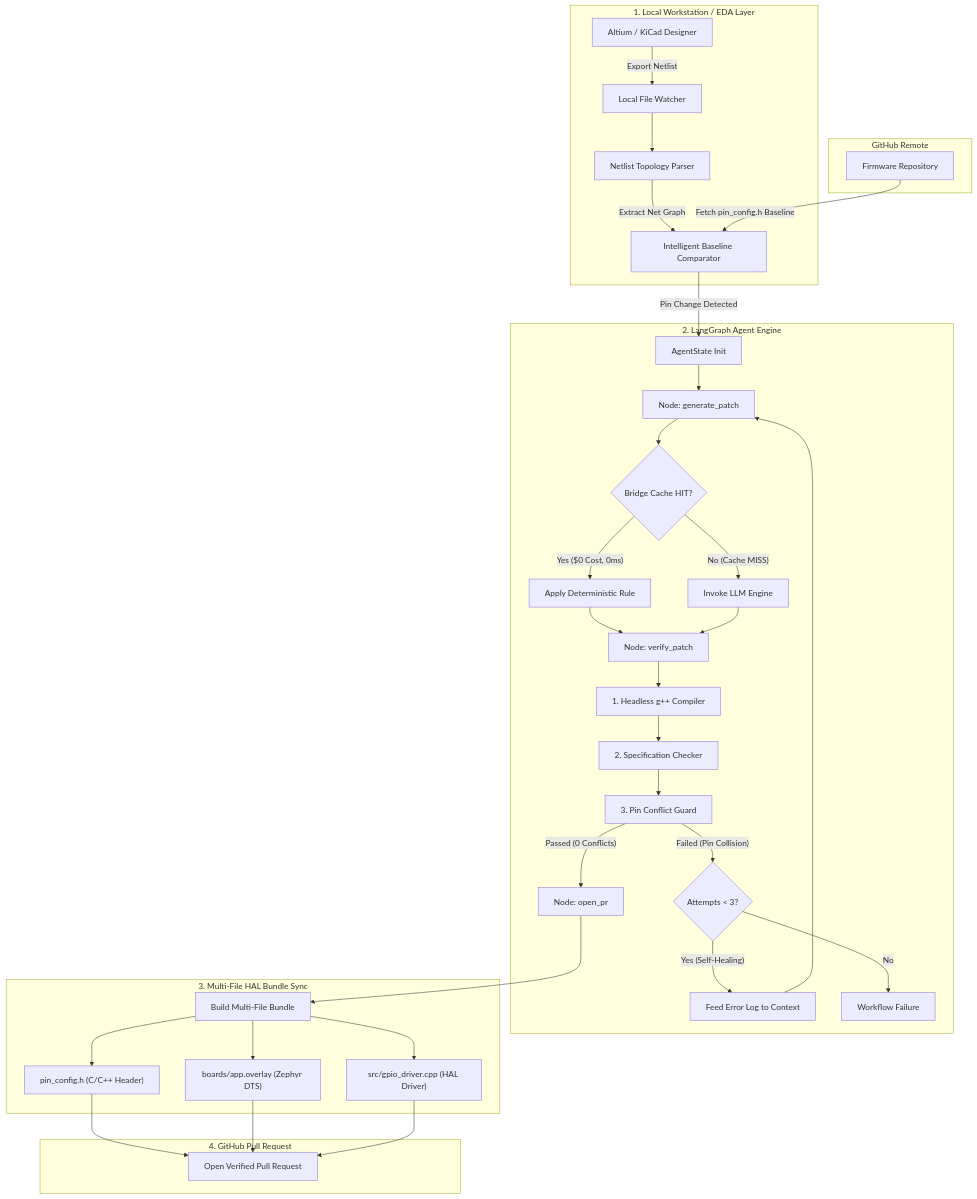
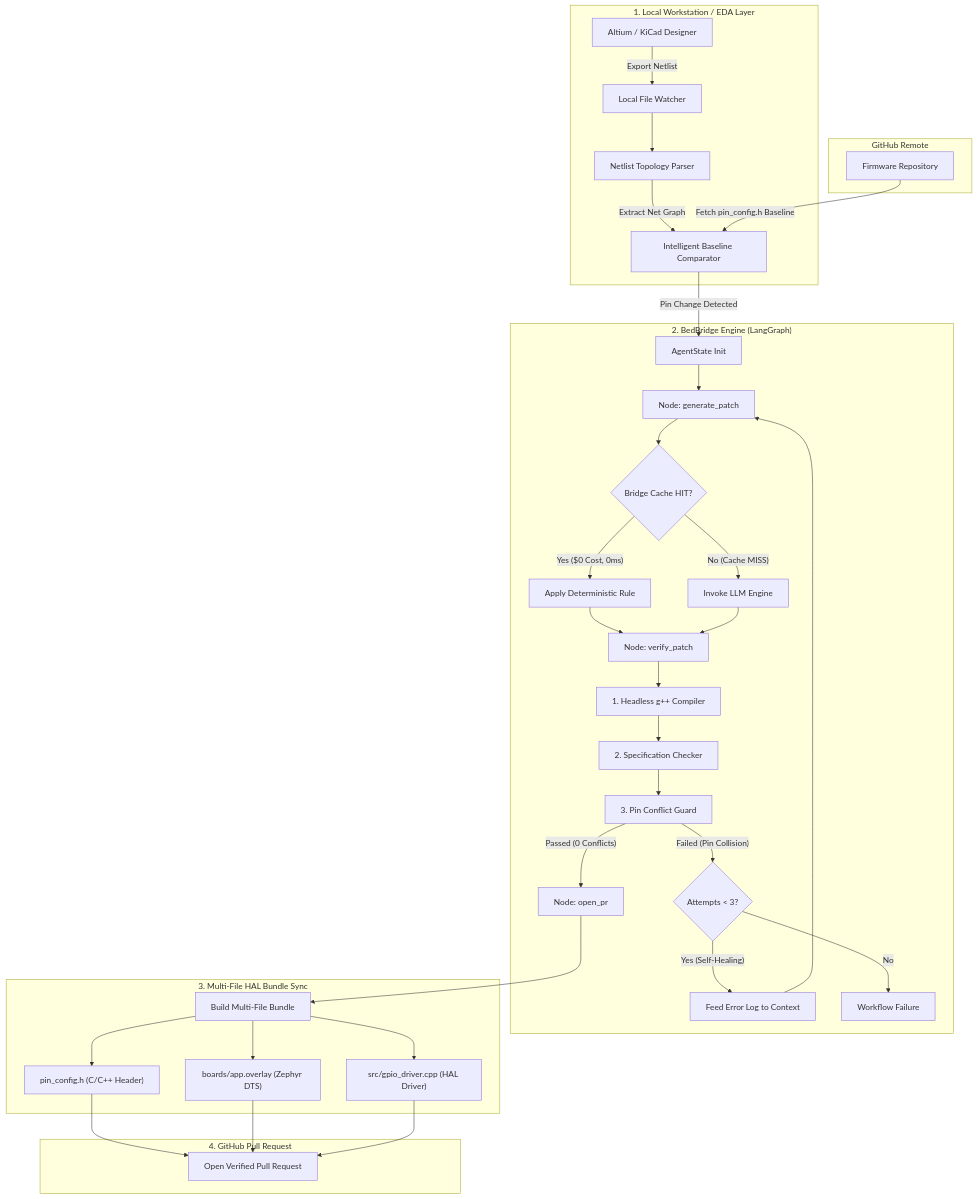
The diagram in README.md (yuhtuna/gitbed), drawn with Mermaid before and after one commit. The commit also changed other lines of this file and 1 other file, not shown here.

Commit message:
feat: incorporate BedBridge Engine branding in CLI and documentation

````diff
--- a/README.md
+++ b/README.md
@@ -30,48 +33,48 @@
 ```mermaid
 graph TD
     subgraph EDA["1. Local Workstation / EDA Layer"]
         A["Altium / KiCad Designer"] -->|"Export Netlist"| B["Local File Watcher"]
         B --> C["Netlist Topology Parser"]
         C -->|"Extract Net Graph"| D["Intelligent Baseline Comparator"]
     end
 
     subgraph GitHub["GitHub Remote"]
         G_Repo["Firmware Repository"] -->|"Fetch pin_config.h Baseline"| D
     end
 
-    subgraph LangGraph["2. LangGraph Agent Engine"]
+    subgraph LangGraph["2. BedBridge Engine (LangGraph)"]
         D -->|"Pin Change Detected"| State["AgentState Init"]
         State --> Node_Gen["Node: generate_patch"]
         
         Node_Gen --> Cache_Check{"Bridge Cache HIT?"}
         Cache_Check -->|"Yes ($0 Cost, 0ms)"| Apply_Rule["Apply Deterministic Rule"]
         Cache_Check -->|"No (Cache MISS)"| LLM_Synth["Invoke LLM Engine"]
         
         Apply_Rule --> Node_Verify["Node: verify_patch"]
         LLM_Synth --> Node_Verify
         
         Node_Verify --> Check_Syntax["1. Headless g++ Compiler"]
         Check_Syntax --> Check_Spec["2. Specification Checker"]
         Check_Spec --> Check_Conflict["3. Pin Conflict Guard"]
         
         Check_Conflict -->|"Passed (0 Conflicts)"| Node_PR["Node: open_pr"]
         Check_Conflict -->|"Failed (Pin Collision)"| Reflection_Loop{"Attempts < 3?"}
         
         Reflection_Loop -->|"Yes (Self-Healing)"| Pass_Error["Feed Error Log to Context"]
         Pass_Error --> Node_Gen
         Reflection_Loop -->|"No"| Fail_End["Workflow Failure"]
     end
 
     subgraph HAL_Sync["3. Multi-File HAL Bundle Sync"]
         Node_PR --> HAL_Bundle["Build Multi-File Bundle"]
         HAL_Bundle --> F1["pin_config.h (C/C++ Header)"]
         HAL_Bundle --> F2["boards/app.overlay (Zephyr DTS)"]
         HAL_Bundle --> F3["src/gpio_driver.cpp (HAL Driver)"]
     end
 
     subgraph Remote_PR["4. GitHub Pull Request"]
         F1 --> Create_PR["Open Verified Pull Request"]
         F2 --> Create_PR
         F3 --> Create_PR
     end
 ```
````
